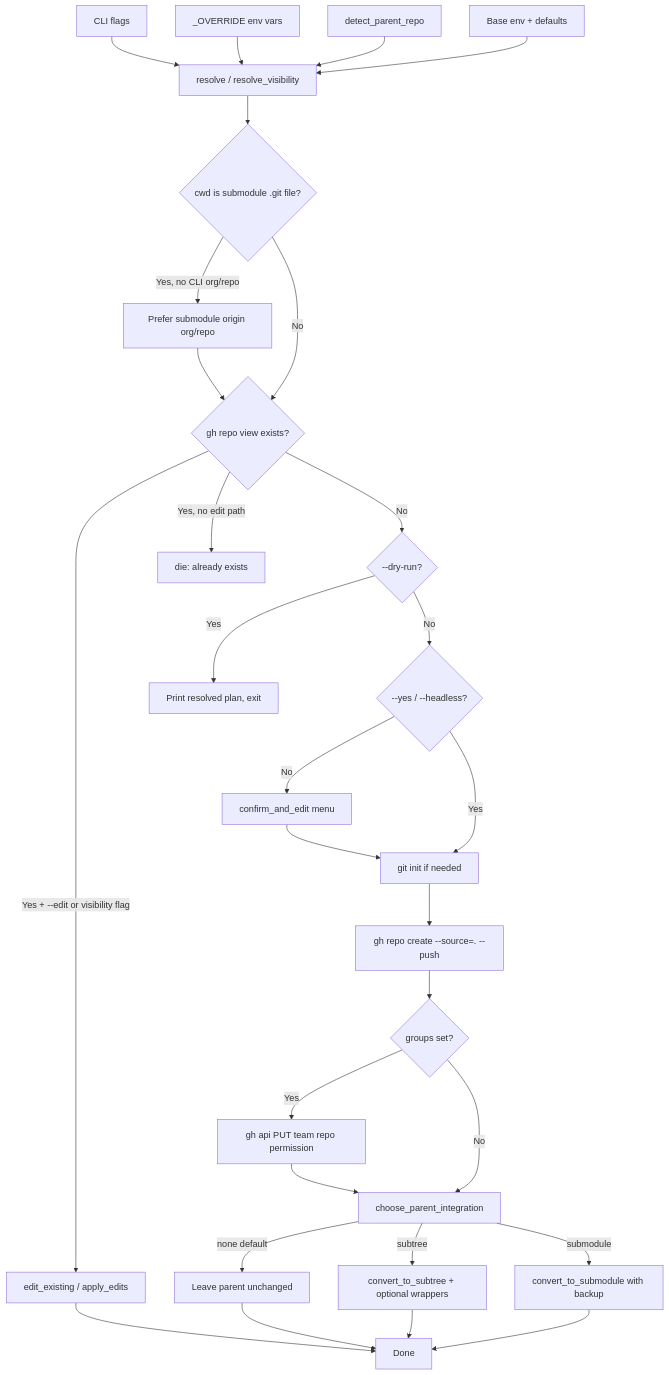
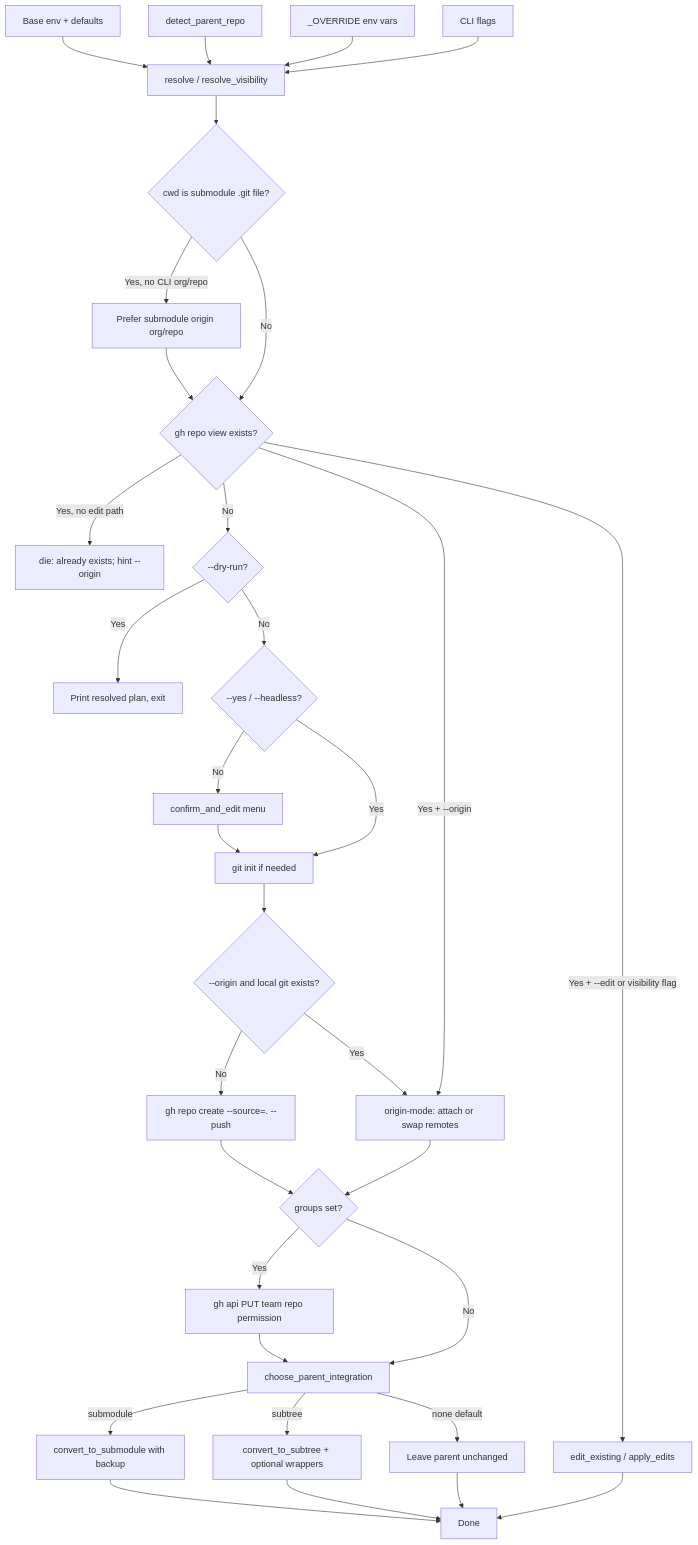
One commit to the-robot-lives/make-repo changed the first of 2 diagrams in docs/PROJ-ARCH.md. Above: the diagram before and after it, drawn with Mermaid. The commit also changed other lines of this file and 12 other files, not shown here.

First line of the commit message:
feat(make-repo): add --origin to bind and swap remotes

````diff
--- a/docs/PROJ-ARCH.md
+++ b/docs/PROJ-ARCH.md
@@ -16,32 +16,36 @@
 ```mermaid
 graph TD
     A[CLI flags] --> E[resolve / resolve_visibility]
     B["_OVERRIDE env vars"] --> E
     C[detect_parent_repo] --> E
     D[Base env + defaults] --> E
     E --> S{cwd is submodule .git file?}
     S -->|Yes, no CLI org/repo| S2[Prefer submodule origin org/repo]
     S -->|No| F
     S2 --> F
     F{gh repo view exists?}
+    F -->|Yes + --origin| O1[origin-mode: attach or swap remotes]
     F -->|Yes + --edit or visibility flag| G[edit_existing / apply_edits]
-    F -->|Yes, no edit path| H[die: already exists]
+    F -->|Yes, no edit path| H[die: already exists; hint --origin]
     F -->|No| I{--dry-run?}
     I -->|Yes| J[Print resolved plan, exit]
     I -->|No| K{--yes / --headless?}
     K -->|No| L[confirm_and_edit menu]
     K -->|Yes| M[git init if needed]
     L --> M
-    M --> N["gh repo create --source=. --push"]
+    M --> OM{--origin and local git exists?}
+    OM -->|No| N["gh repo create --source=. --push"]
+    OM -->|Yes| O1
+    O1 --> O
     N --> O{groups set?}
     O -->|Yes| P["gh api PUT team repo permission"]
     O -->|No| Q
     P --> Q[choose_parent_integration]
     Q -->|none default| R[Leave parent unchanged]
     Q -->|subtree| T[convert_to_subtree + optional wrappers]
     Q -->|submodule| U[convert_to_submodule with backup]
     G --> Z[Done]
     R --> Z
     T --> Z
     U --> Z
 ```
````
